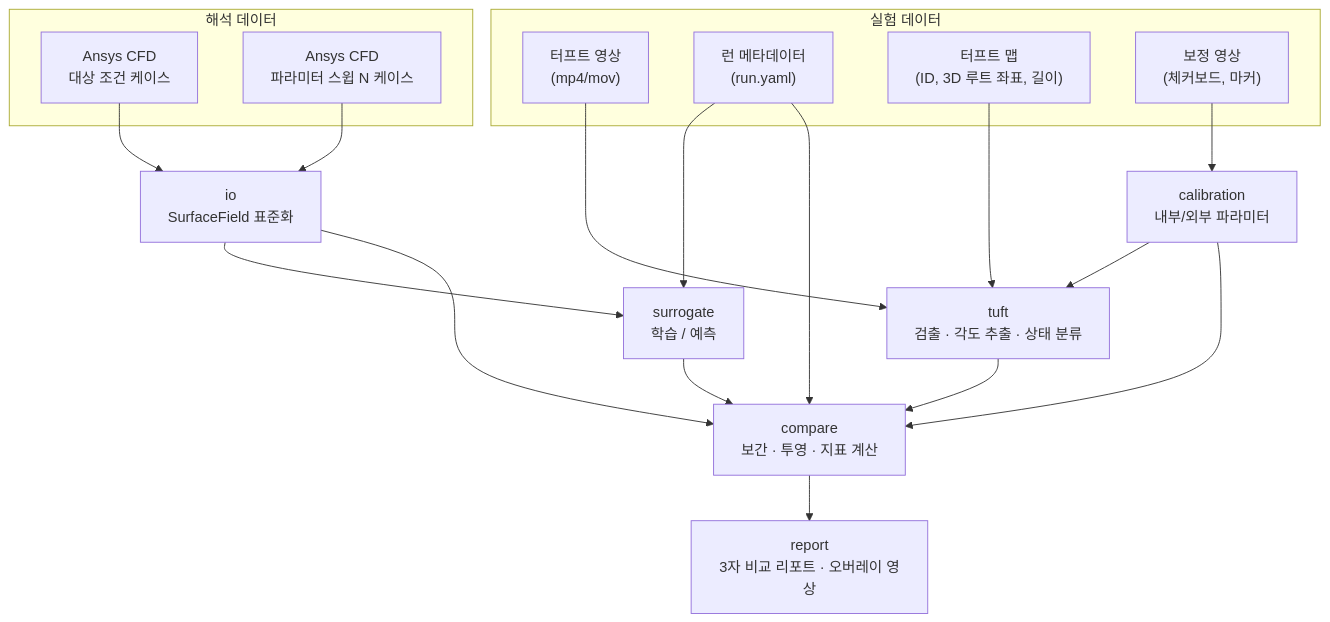
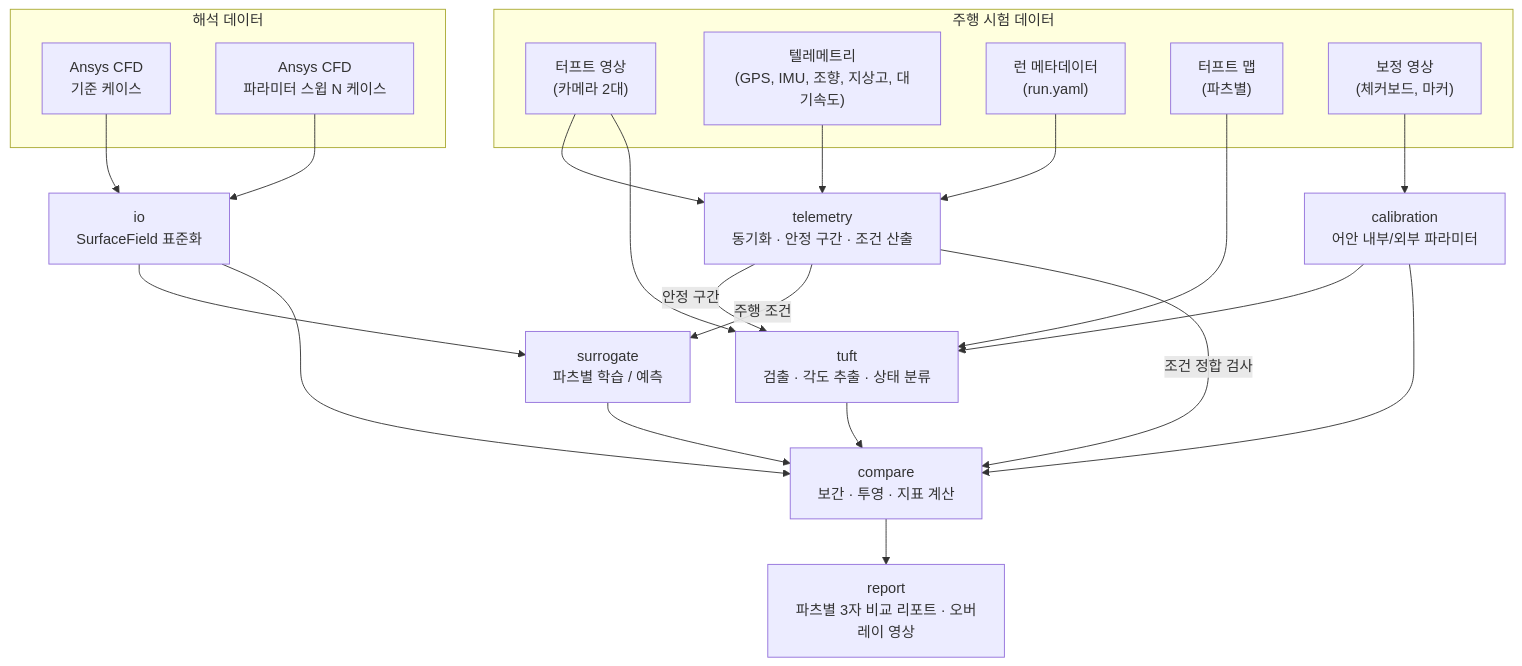
The second of 3 diagrams in docs/DESIGN.md (luminalaxis/PROJECT_VORTEX), drawn with Mermaid before and after one commit. The commit also changed other lines of this file and 1 other file, not shown here.

````diff
--- a/docs/DESIGN.md
+++ b/docs/DESIGN.md
@@ -78,32 +114,38 @@
 ```mermaid
 flowchart TB
-    subgraph EXP["실험 데이터"]
-        VID["터프트 영상<br/>(mp4/mov)"]
+    subgraph EXP["주행 시험 데이터"]
+        VID["터프트 영상<br/>(카메라 2대)"]
+        TEL["텔레메트리<br/>(GPS, IMU, 조향, 지상고, 대기속도)"]
         META["런 메타데이터<br/>(run.yaml)"]
-        TMAP["터프트 맵<br/>(ID, 3D 루트 좌표, 길이)"]
+        TMAP["터프트 맵<br/>(파츠별)"]
         CAL["보정 영상<br/>(체커보드, 마커)"]
     end
 
     subgraph SIM["해석 데이터"]
-        CFD1["Ansys CFD<br/>대상 조건 케이스"]
+        CFD1["Ansys CFD<br/>기준 케이스"]
         CFDN["Ansys CFD<br/>파라미터 스윕 N 케이스"]
     end
 
-    CAL --> CALIB["calibration<br/>내부/외부 파라미터"]
+    TEL --> TELM["telemetry<br/>동기화 · 안정 구간 · 조건 산출"]
+    VID --> TELM
+    META --> TELM
+
+    CAL --> CALIB["calibration<br/>어안 내부/외부 파라미터"]
     VID --> TUFT["tuft<br/>검출 · 각도 추출 · 상태 분류"]
     TMAP --> TUFT
     CALIB --> TUFT
+    TELM -- "안정 구간" --> TUFT
 
     CFD1 --> IO["io<br/>SurfaceField 표준화"]
     CFDN --> IO
-    IO --> SUR["surrogate<br/>학습 / 예측"]
-    META --> SUR
+    IO --> SUR["surrogate<br/>파츠별 학습 / 예측"]
+    TELM -- "주행 조건" --> SUR
 
     TUFT --> CMP["compare<br/>보간 · 투영 · 지표 계산"]
     IO --> CMP
     SUR --> CMP
     CALIB --> CMP
-    META --> CMP
+    TELM -- "조건 정합 검사" --> CMP
 
-    CMP --> REP["report<br/>3자 비교 리포트 · 오버레이 영상"]
+    CMP --> REP["report<br/>파츠별 3자 비교 리포트 · 오버레이 영상"]
 ```
````
